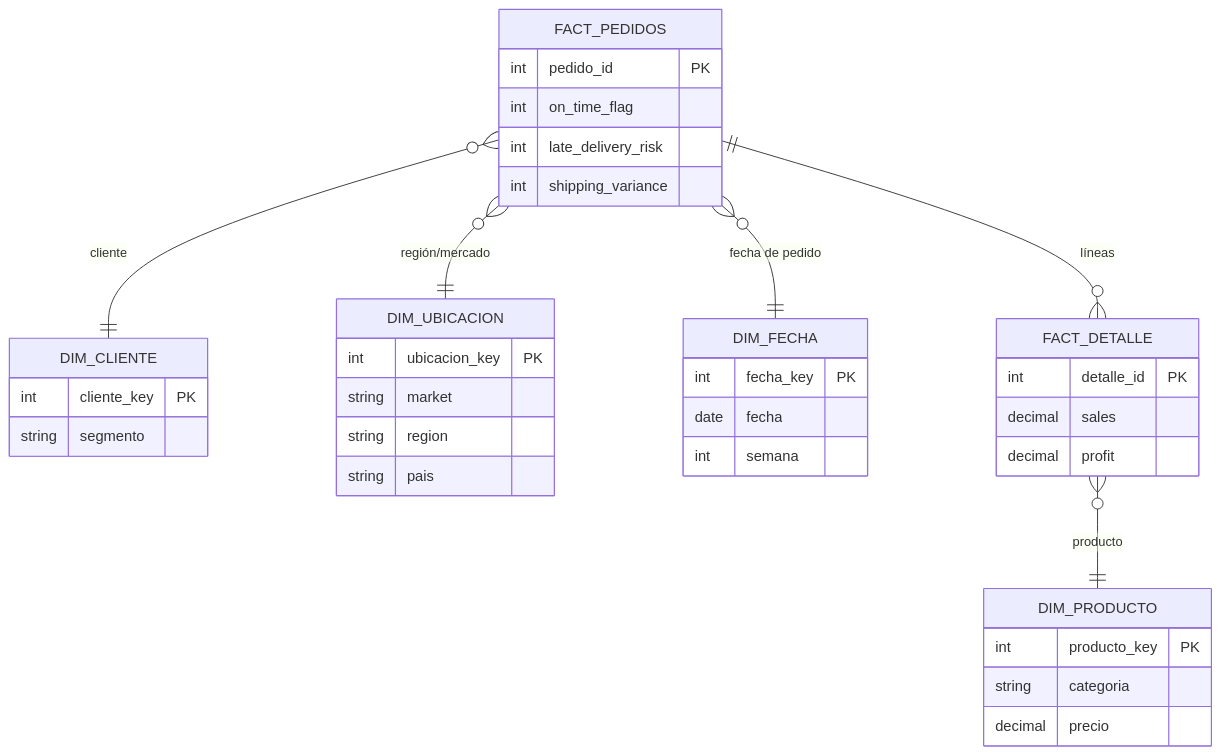
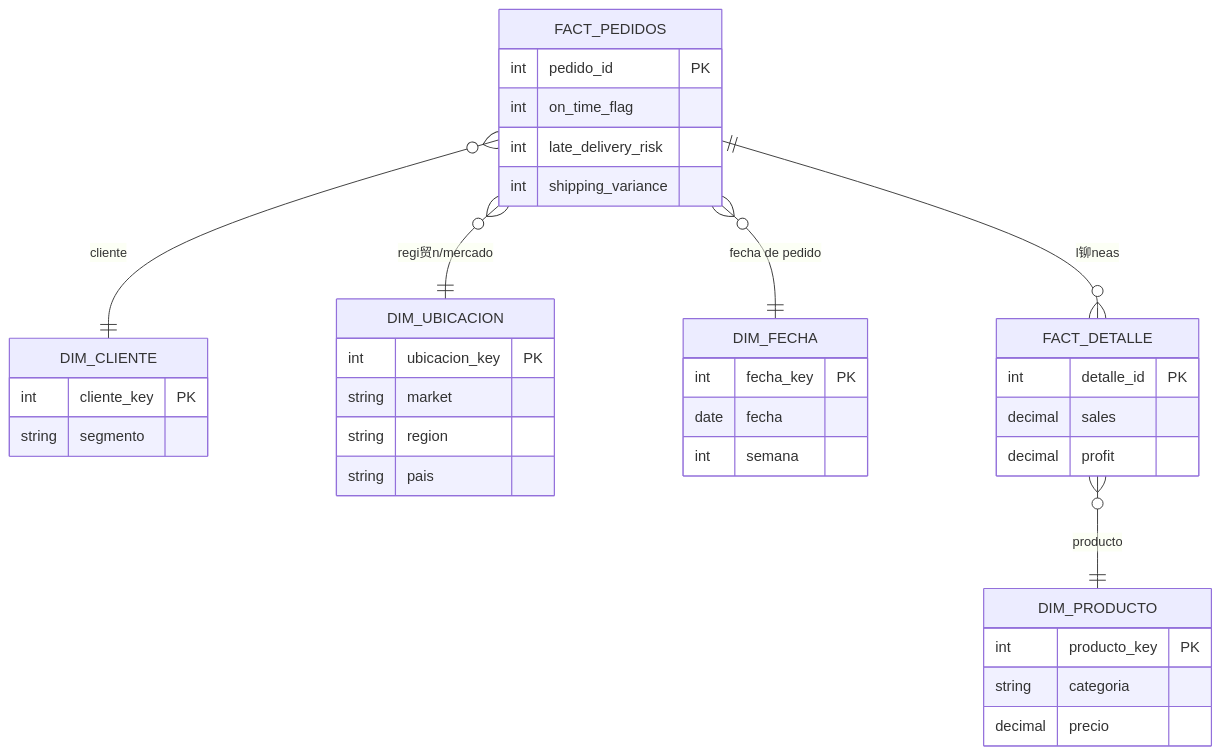
The second of 3 diagrams in README.md (Josuhe-DataEngineering/DataBricks-PySpark-Extract-Performance-Logistico-DataCo), drawn with Mermaid before and after one commit. The commit also changed other lines of this file, not shown here.

````diff
--- a/README.md
+++ b/README.md
@@ -184,40 +184,40 @@
 ```mermaid
 erDiagram
     FACT_PEDIDOS }o--|| DIM_CLIENTE : "cliente"
-    FACT_PEDIDOS }o--|| DIM_UBICACION : "región/mercado"
+    FACT_PEDIDOS }o--|| DIM_UBICACION : "regi贸n/mercado"
     FACT_PEDIDOS }o--|| DIM_FECHA : "fecha de pedido"
-    FACT_PEDIDOS ||--o{ FACT_DETALLE : "líneas"
+    FACT_PEDIDOS ||--o{ FACT_DETALLE : "l铆neas"
     FACT_DETALLE }o--|| DIM_PRODUCTO : "producto"
 
     DIM_CLIENTE {
         int cliente_key PK
         string segmento
     }
     DIM_PRODUCTO {
         int producto_key PK
         string categoria
         decimal precio
     }
     DIM_UBICACION {
         int ubicacion_key PK
         string market
         string region
         string pais
     }
     DIM_FECHA {
         int fecha_key PK
         date fecha
         int semana
     }
     FACT_PEDIDOS {
         int pedido_id PK
         int on_time_flag
         int late_delivery_risk
         int shipping_variance
     }
     FACT_DETALLE {
         int detalle_id PK
         decimal sales
         decimal profit
     }
 ```
````
